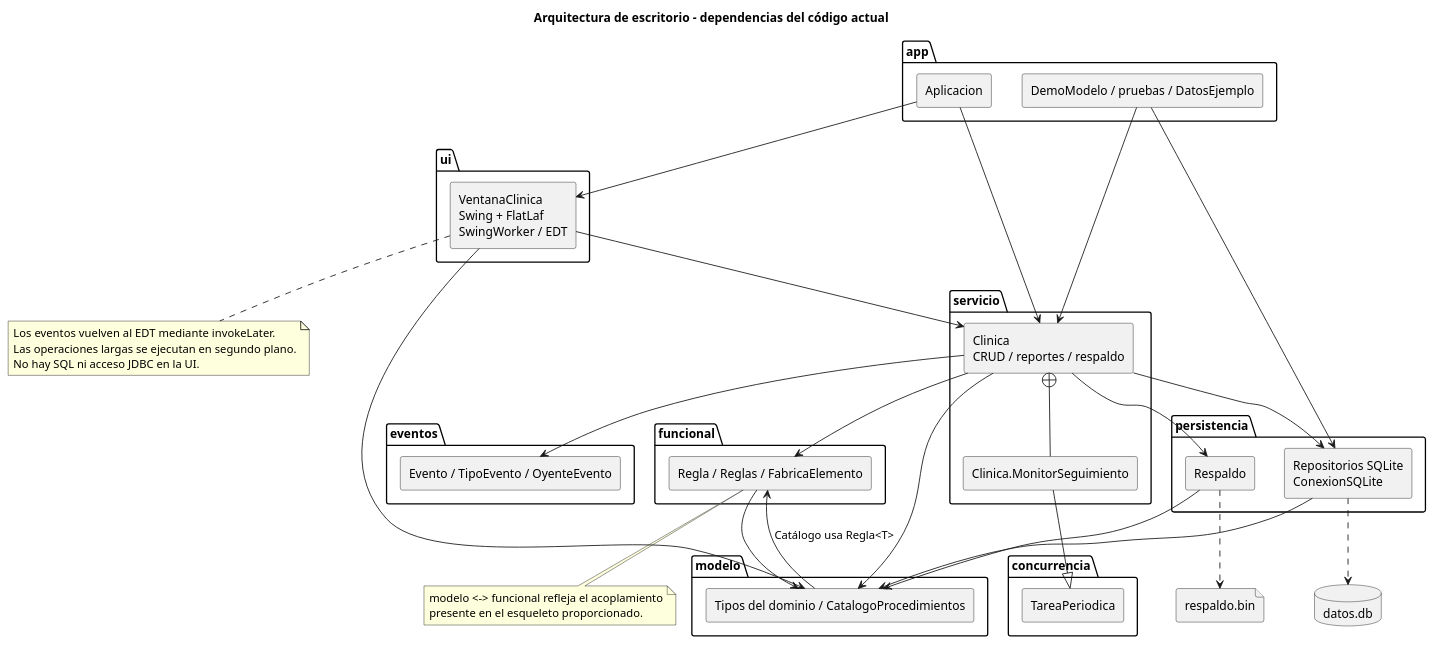
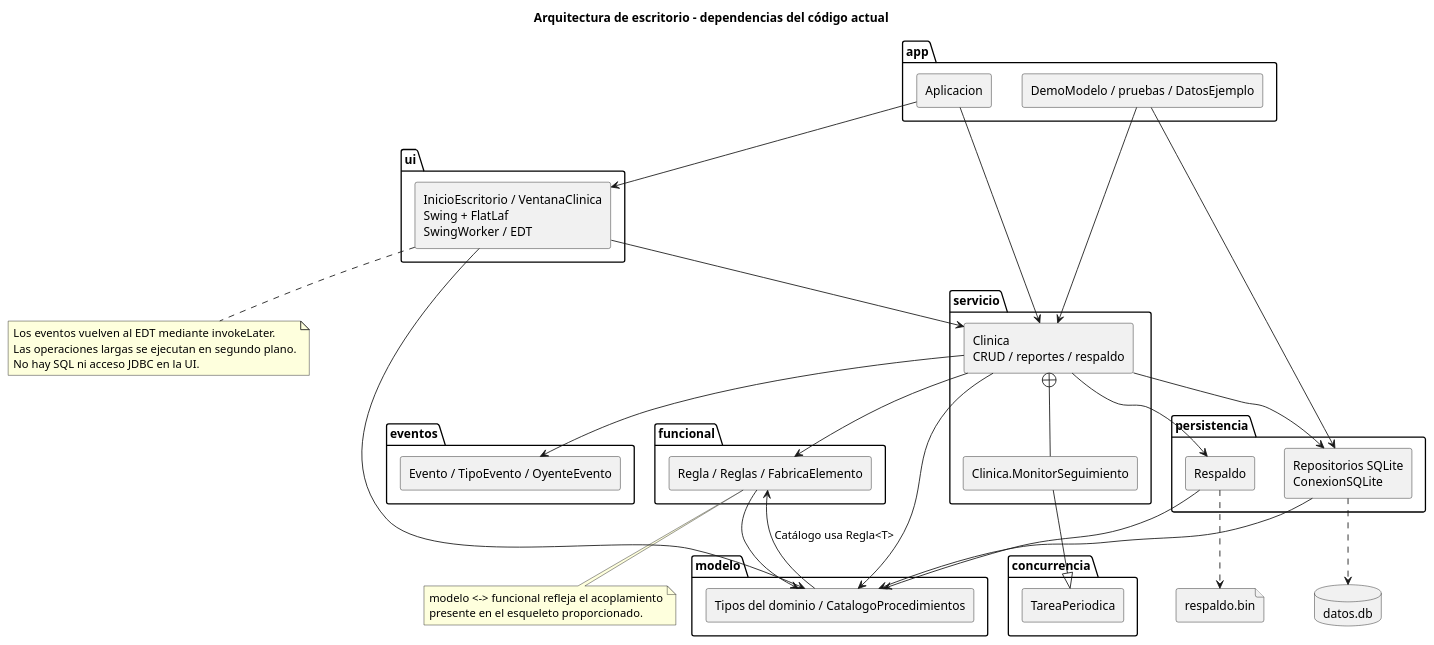
One commit to xeduardomatax/P3_veterinaria changed the diagram in diagramas/arquitectura.puml. Above: the diagram before and after it, drawn with PlantUML. The commit also changed 26 other files, not shown here.

```diff
--- a/diagramas/arquitectura.puml
+++ b/diagramas/arquitectura.puml
@@ -1,61 +1,61 @@
 @startuml
 title Arquitectura de escritorio - dependencias del código actual
 skinparam componentStyle rectangle
 package app {
   [Aplicacion] as Inicio
   [DemoModelo / pruebas / DatosEjemplo] as Auxiliares
 }
 package ui {
-  [VentanaClinica\nSwing + FlatLaf\nSwingWorker / EDT] as UI
+  [InicioEscritorio / VentanaClinica\nSwing + FlatLaf\nSwingWorker / EDT] as UI
 }
 package servicio {
   [Clinica\nCRUD / reportes / respaldo] as Servicio
   [Clinica.MonitorSeguimiento] as Monitor
 }
 package persistencia {
   [Repositorios SQLite\nConexionSQLite] as JDBC
   [Respaldo] as Respaldo
 }
 package concurrencia {
   [TareaPeriodica] as Tarea
 }
 package eventos {
   [Evento / TipoEvento / OyenteEvento] as Eventos
 }
 package funcional {
   [Regla / Reglas / FabricaElemento] as Funcional
 }
 package modelo {
   [Tipos del dominio / CatalogoProcedimientos] as Modelo
 }
 database "datos.db" as DB
 file "respaldo.bin" as BIN
 Inicio --> UI
 Inicio --> Servicio
 Auxiliares --> Servicio
 Auxiliares --> JDBC
 UI --> Servicio
 UI --> Modelo
 Servicio --> JDBC
 Servicio --> Respaldo
 Servicio --> Modelo
 Servicio --> Funcional
 Servicio --> Eventos
 Servicio +-- Monitor
 Monitor --|> Tarea
 JDBC --> Modelo
 Respaldo --> Modelo
 Funcional --> Modelo
 Modelo --> Funcional : Catálogo usa Regla<T>
 JDBC ..> DB
 Respaldo ..> BIN
 note bottom of UI
   Los eventos vuelven al EDT mediante invokeLater.
   Las operaciones largas se ejecutan en segundo plano.
   No hay SQL ni acceso JDBC en la UI.
 end note
 note bottom of Funcional
   modelo <-> funcional refleja el acoplamiento
   presente en el esqueleto proporcionado.
 end note
 @enduml
```
